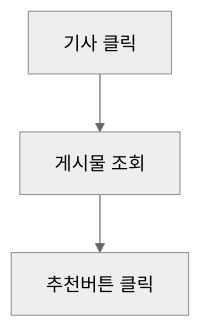
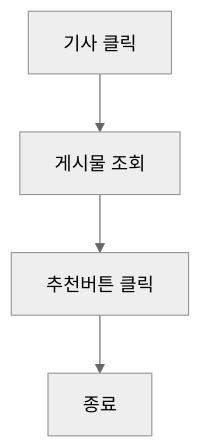
The second of 6 diagrams in design/기능정의서.md (ssuminii/devcamp-onboarding-template), drawn with Mermaid (neutral theme) before and after one commit. The commit also changed other lines of this file, not shown here.

````diff
--- a/design/기능정의서.md
+++ b/design/기능정의서.md
@@ -37,5 +37,6 @@
 ```mermaid
 flowchart TD
     A[기사 클릭] --> B[게시물 조회]
     B --> C[추천버튼 클릭]
+    C --> Z[종료]
 ```
````
